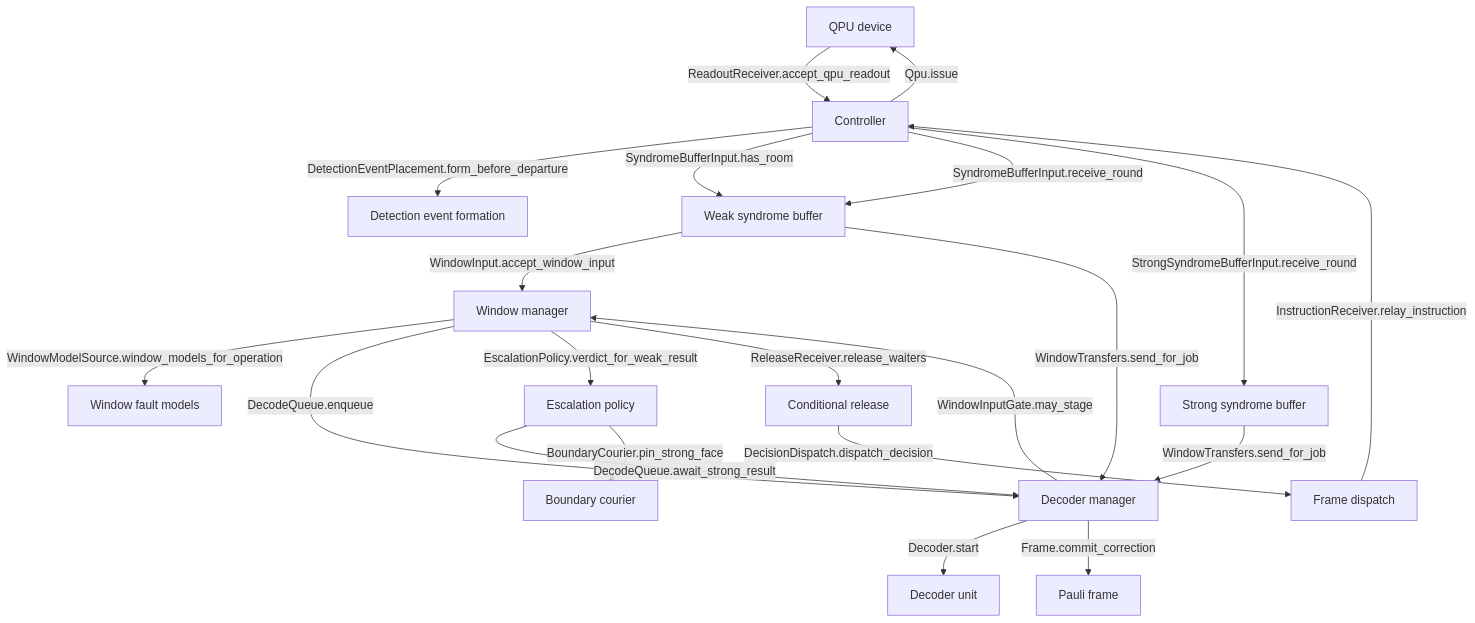
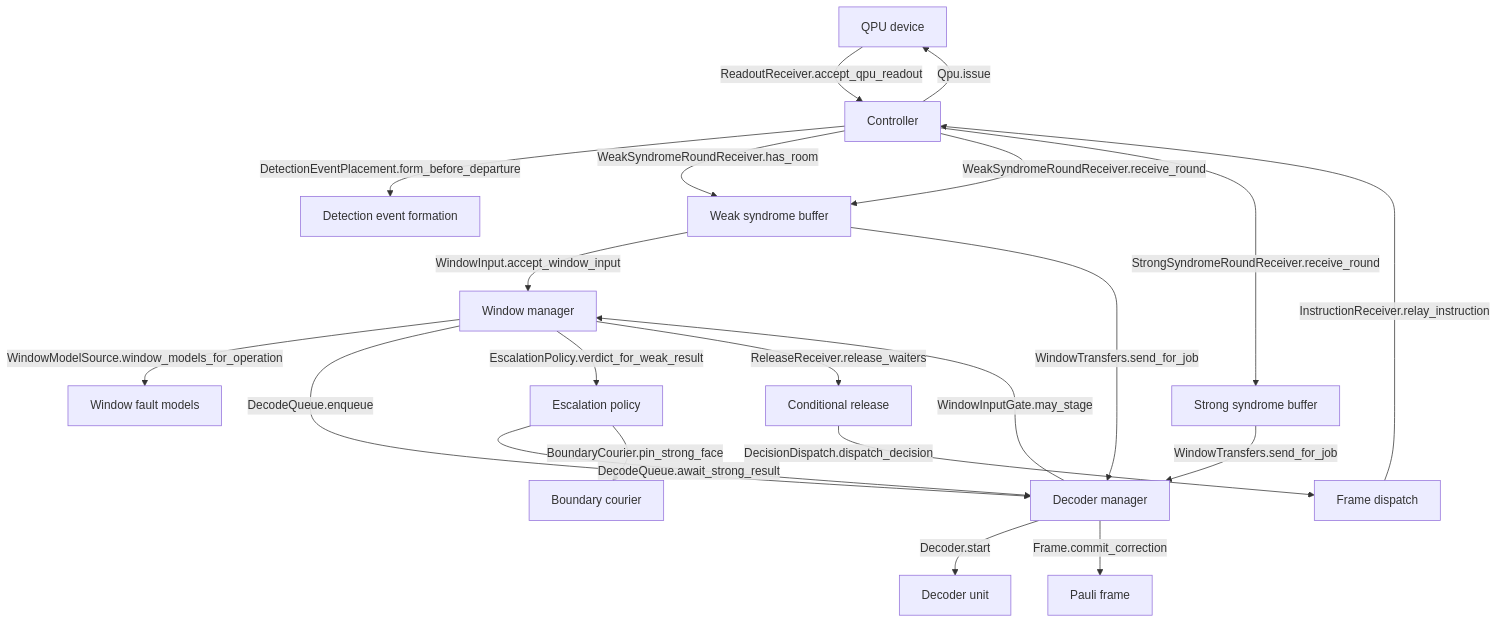
Before and after one commit to Subashkatel/decsim: the diagram in docs/explanation/architecture.md, drawn with Mermaid. The commit also changed 33 other files, not shown here.

First line of the commit message:
names: senders send syndrome rounds, receivers receive them, buffers store them

````diff
--- a/docs/explanation/architecture.md
+++ b/docs/explanation/architecture.md
@@ -40,37 +40,37 @@
 ```mermaid
 graph TD
     %% Qpu = qpu
     %% Controller = controller
     %% Formation = detector_error_model
     %% WeakBuffer = syndrome_buffer
     %% StrongBuffer = syndrome_buffer
     %% Windows = windows
     %% Models = qpu
     %% Decoders = decoders
     %% Unit = decoders
     %% Escalation = escalation
     %% Courier = windows
     %% Frame = pauli_frame
     %% Release = controller
     %% Dispatch = pauli_frame
     Qpu["QPU device"] -->|"ReadoutReceiver.accept_qpu_readout"| Controller
     Controller -->|"DetectionEventPlacement.form_before_departure"| Formation["Detection event formation"]
-    Controller -->|"SyndromeBufferInput.has_room"| WeakBuffer["Weak syndrome buffer"]
-    Controller -->|"SyndromeBufferInput.receive_round"| WeakBuffer
-    Controller -->|"StrongSyndromeBufferInput.receive_round"| StrongBuffer["Strong syndrome buffer"]
+    Controller -->|"WeakSyndromeRoundReceiver.has_room"| WeakBuffer["Weak syndrome buffer"]
+    Controller -->|"WeakSyndromeRoundReceiver.receive_round"| WeakBuffer
+    Controller -->|"StrongSyndromeRoundReceiver.receive_round"| StrongBuffer["Strong syndrome buffer"]
     WeakBuffer -->|"WindowInput.accept_window_input"| Windows["Window manager"]
     Windows -->|"WindowModelSource.window_models_for_operation"| Models["Window fault models"]
     Windows -->|"DecodeQueue.enqueue"| Decoders["Decoder manager"]
     WeakBuffer -->|"WindowTransfers.send_for_job"| Decoders
     Decoders -->|"WindowInputGate.may_stage"| Windows
     Decoders -->|"Decoder.start"| Unit["Decoder unit"]
     Windows -->|"EscalationPolicy.verdict_for_weak_result"| Escalation["Escalation policy"]
     Escalation -->|"DecodeQueue.await_strong_result"| Decoders
     Escalation -->|"BoundaryCourier.pin_strong_face"| Courier["Boundary courier"]
     StrongBuffer -->|"WindowTransfers.send_for_job"| Decoders
     Decoders -->|"Frame.commit_correction"| Frame["Pauli frame"]
     Windows -->|"ReleaseReceiver.release_waiters"| Release["Conditional release"]
     Release -->|"DecisionDispatch.dispatch_decision"| Dispatch["Frame dispatch"]
     Dispatch -->|"InstructionReceiver.relay_instruction"| Controller
     Controller -->|"Qpu.issue"| Qpu
 ```
````
